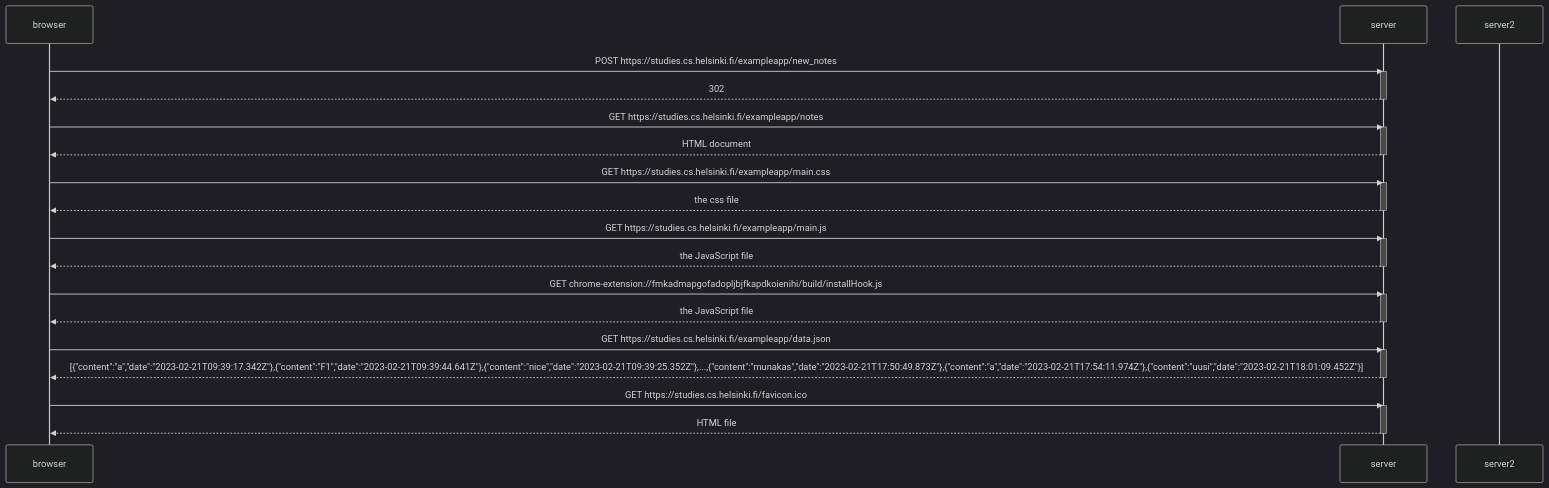
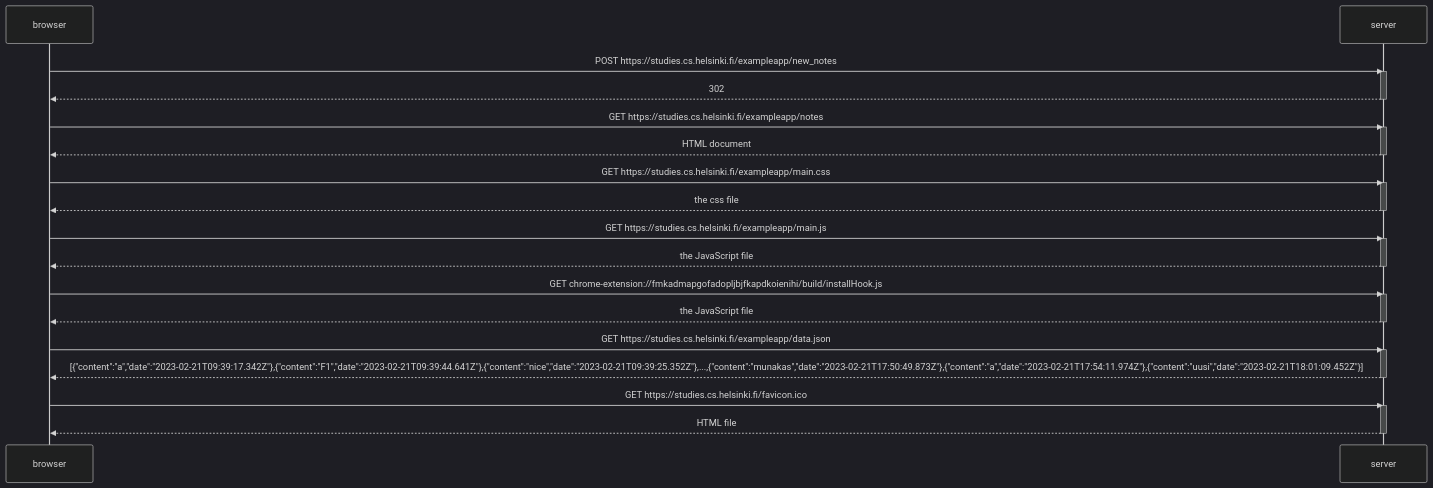
The first of 2 diagrams in OSA0/readme.md (RitaMilk/FSHY2023), drawn with Mermaid (dark theme) before and after one commit. The commit also changed other lines of this file, not shown here.

````diff
--- a/OSA0/readme.md
+++ b/OSA0/readme.md
@@ -3,42 +3,42 @@
 ```mermaid
 
 sequenceDiagram
     participant browser
     participant server
-    participant server2
+ 
     
     browser->>server: POST https://studies.cs.helsinki.fi/exampleapp/new_notes
     activate server
     server-->>browser: 302
     deactivate server
 
     browser->>server: GET https://studies.cs.helsinki.fi/exampleapp/notes
     activate server
     server-->>browser: HTML document
     deactivate server
 	
     browser->>server: GET https://studies.cs.helsinki.fi/exampleapp/main.css
     activate server
     server-->>browser: the css file
     deactivate server
 
     browser->>server: GET https://studies.cs.helsinki.fi/exampleapp/main.js
     activate server
     server-->>browser: the JavaScript file
     deactivate server
 
     browser->>server: GET chrome-extension://fmkadmapgofadopljbjfkapdkoienihi/build/installHook.js
     activate server
     server-->>browser: the JavaScript file
     deactivate server
 
     browser->>server: GET https://studies.cs.helsinki.fi/exampleapp/data.json
     activate server
     server-->>browser: [{"content":"a","date":"2023-02-21T09:39:17.342Z"},{"content":"F1","date":"2023-02-21T09:39:44.641Z"},{"content":"nice","date":"2023-02-21T09:39:25.352Z"},...,{"content":"munakas","date":"2023-02-21T17:50:49.873Z"},{"content":"a","date":"2023-02-21T17:54:11.974Z"},{"content":"uusi","date":"2023-02-21T18:01:09.452Z"}]
     deactivate server
 
     browser->>server: GET https://studies.cs.helsinki.fi/favicon.ico
     activate server
     server-->>browser: HTML file
     deactivate server
 ```
````
